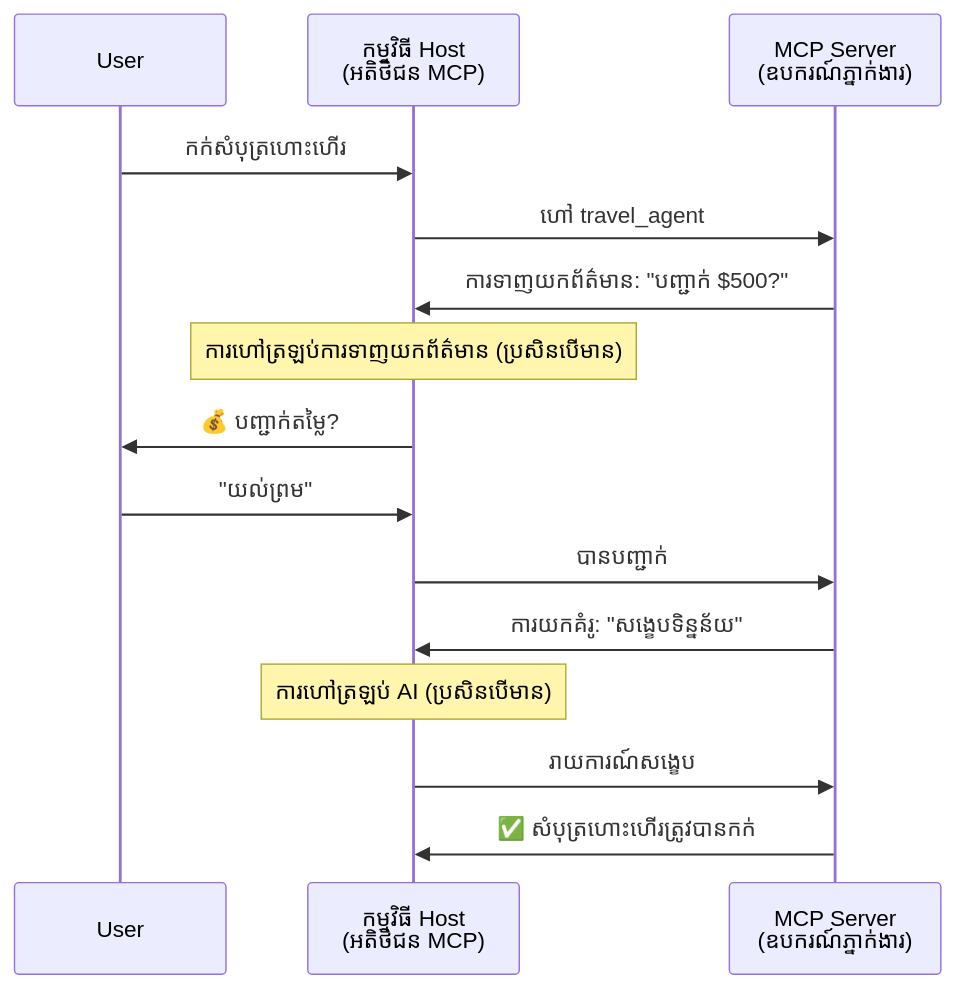
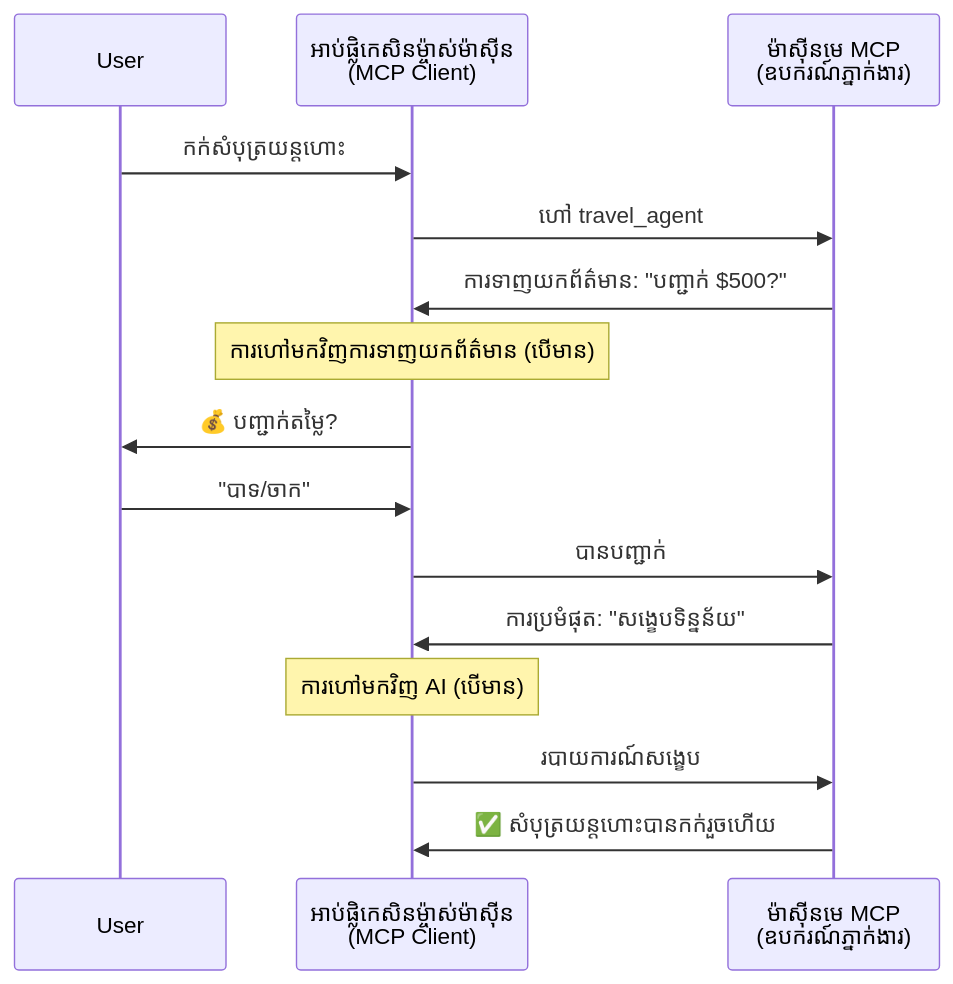
Before and after one commit to gabrielmoreira/agent-skills-mirror: the fourth of 5 diagrams in mirrors/repos/microsoft@ai-agents-for-beginners/translations/km/11-agentic-protocols/code_samples/mcp-agents/README.md, drawn with Mermaid. The commit also changed other lines of this file and 4262 other files, not shown here.

````diff
--- a/mirrors/repos/microsoft@ai-agents-for-beginners/translations/km/11-agentic-protocols/code_samples/mcp-agents/README.md
+++ b/mirrors/repos/microsoft@ai-agents-for-beginners/translations/km/11-agentic-protocols/code_samples/mcp-agents/README.md
@@ -160,21 +163,21 @@
 ```mermaid
 sequenceDiagram
     participant User
-    participant Host as កម្មវិធី Host<br/>(អតិថិជន MCP)
-    participant Server as MCP Server<br/>(ឧបករណ៍ភ្នាក់ងារ)
+    participant Host as អាប់ផ្លិកេសិនម៉្ចាស់ម៉ាស៊ីន<br/>(MCP Client)
+    participant Server as ម៉ាស៊ីនមេ MCP<br/>(ឧបករណ៍ភ្នាក់ងារ)
 
-    User->>Host: កក់សំបុត្រហោះហើរ
+    User->>Host: កក់សំបុត្រយន្តហោះ
     Host->>Server: ហៅ travel_agent
 
     Server->>Host: ការទាញយកព័ត៌មាន: "បញ្ជាក់ $500?"
-    Note over Host: ការហៅត្រឡប់ការទាញយកព័ត៌មាន (ប្រសិនបើមាន)
+    Note over Host: ការហៅមកវិញការទាញយកព័ត៌មាន (បើមាន)
     Host->>User: 💰 បញ្ជាក់តម្លៃ?
-    User->>Host: "យល់ព្រម"
+    User->>Host: "បាទ/ចាក"
     Host->>Server: បានបញ្ជាក់
 
-    Server->>Host: ការយកគំរូ: "សង្ខេបទិន្នន័យ"
-    Note over Host: ការហៅត្រឡប់ AI (ប្រសិនបើមាន)
-    Host->>Server: រាយការណ៍សង្ខេប
+    Server->>Host: ការប្រមំផុត: "សង្ខេបទិន្នន័យ"
+    Note over Host: ការហៅមកវិញ AI (បើមាន)
+    Host->>Server: របាយការណ៍សង្ខេប
 
-    Server->>Host: ✅ សំបុត្រហោះហើរត្រូវបានកក់
+    Server->>Host: ✅ សំបុត្រយន្តហោះបានកក់រួចហើយ
 ```
````
